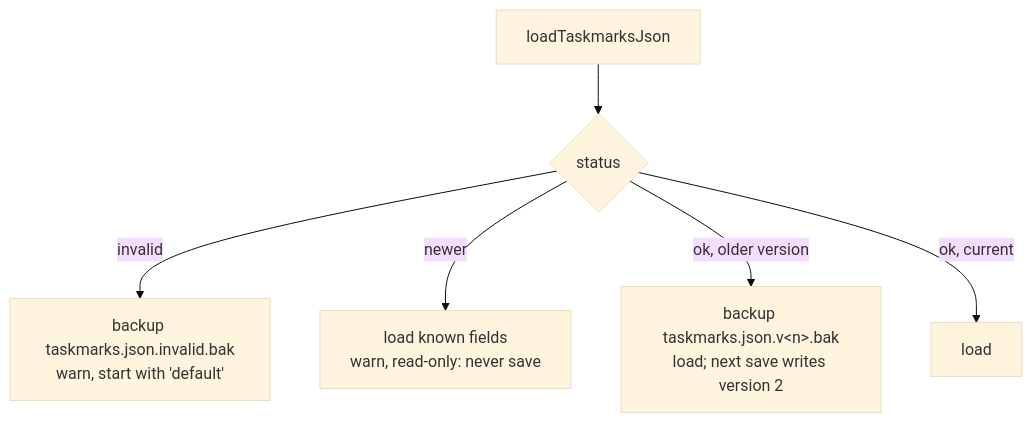
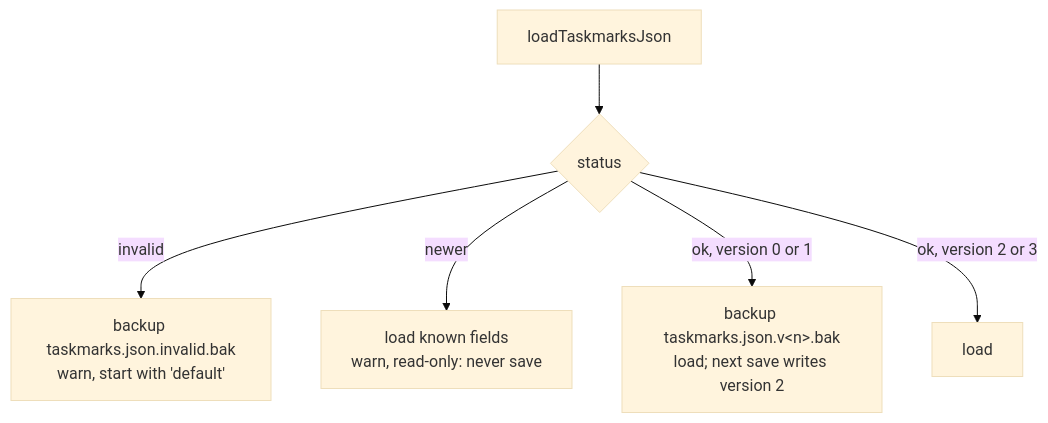
The fourth of 6 diagrams in docu/ARCHITECTURE.md (norbertK/taskmarks), drawn with Mermaid (base theme) before and after one commit. The commit also changed other lines of this file and 26 other files, not shown here.

````diff
--- a/docu/ARCHITECTURE.md
+++ b/docu/ARCHITECTURE.md
@@ -255,8 +274,8 @@
 ```mermaid
 flowchart TD
     A[loadTaskmarksJson] --> B{status}
     B -->|invalid| C[backup taskmarks.json.invalid.bak<br/>warn, start with 'default']
     B -->|newer| D[load known fields<br/>warn, read-only: never save]
-    B -->|ok, older version| E[backup taskmarks.json.v&lt;n&gt;.bak<br/>load; next save writes version 2]
-    B -->|ok, current| F[load]
+    B -->|ok, version 0 or 1| E[backup taskmarks.json.v&lt;n&gt;.bak<br/>load; next save writes version 2]
+    B -->|ok, version 2 or 3| F[load]
 ```
````
